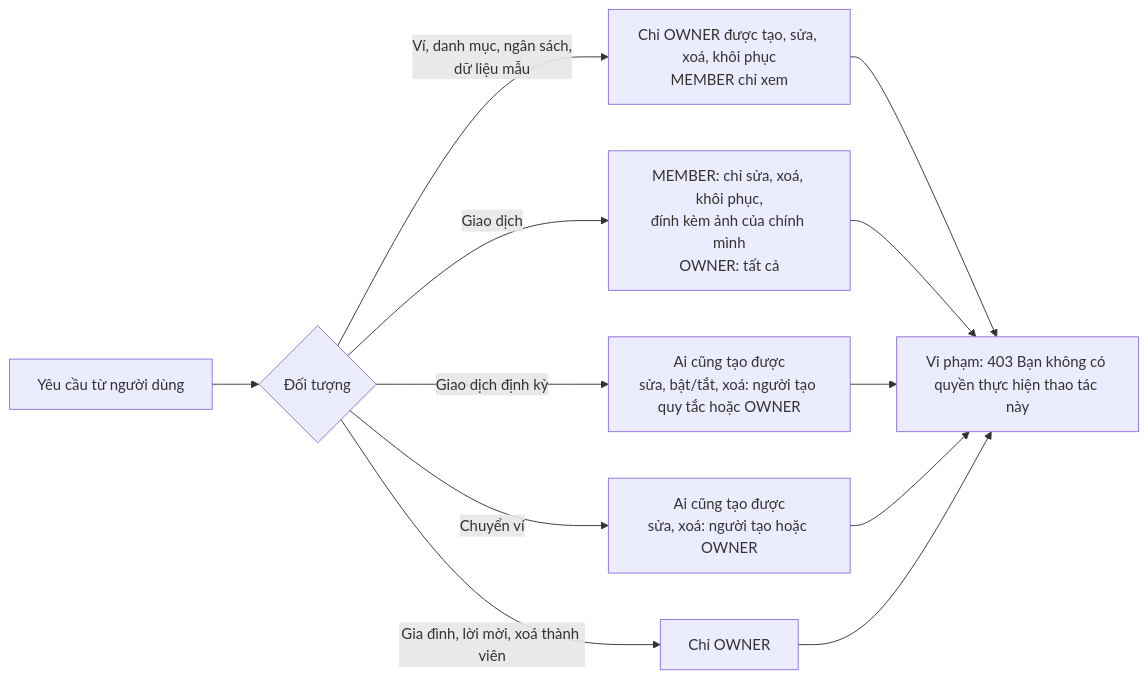
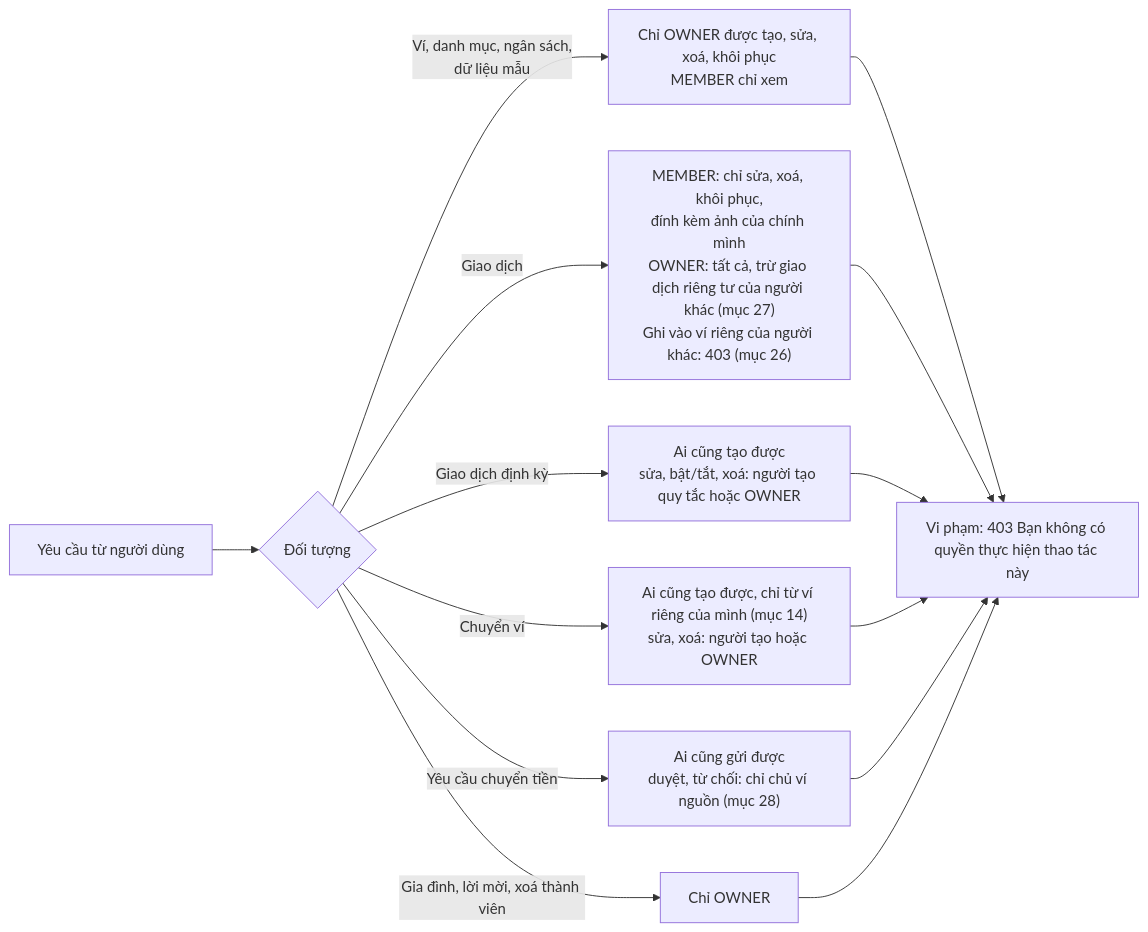
Diagram 26 of 41 in README.md (boyquynhluu/family-expense-manager), drawn with Mermaid before and after one commit. The commit also changed other lines of this file and 5 other files, not shown here.

````diff
--- a/README.md
+++ b/README.md
@@ -834,14 +875,16 @@
 ```mermaid
 flowchart LR
     A["Yêu cầu từ người dùng"] --> B{"Đối tượng"}
     B -- "Ví, danh mục, ngân sách,<br/>dữ liệu mẫu" --> C["Chỉ OWNER được tạo, sửa, xoá, khôi phục<br/>MEMBER chỉ xem"]
-    B -- "Giao dịch" --> D["MEMBER: chỉ sửa, xoá, khôi phục,<br/>đính kèm ảnh của chính mình<br/>OWNER: tất cả"]
+    B -- "Giao dịch" --> D["MEMBER: chỉ sửa, xoá, khôi phục,<br/>đính kèm ảnh của chính mình<br/>OWNER: tất cả, trừ giao dịch riêng tư của người khác (mục 27)<br/>Ghi vào ví riêng của người khác: 403 (mục 26)"]
     B -- "Giao dịch định kỳ" --> E["Ai cũng tạo được<br/>sửa, bật/tắt, xoá: người tạo quy tắc hoặc OWNER"]
-    B -- "Chuyển ví" --> F["Ai cũng tạo được<br/>sửa, xoá: người tạo hoặc OWNER"]
+    B -- "Chuyển ví" --> F["Ai cũng tạo được, chỉ từ ví riêng của mình (mục 14)<br/>sửa, xoá: người tạo hoặc OWNER"]
+    B -- "Yêu cầu chuyển tiền" --> F2["Ai cũng gửi được<br/>duyệt, từ chối: chỉ chủ ví nguồn (mục 28)"]
     B -- "Gia đình, lời mời, xoá thành viên" --> G["Chỉ OWNER"]
     C --> H["Vi phạm: 403 Bạn không có quyền thực hiện thao tác này"]
     D --> H
     E --> H
     F --> H
+    F2 --> H
     G --> H
 ```
````
